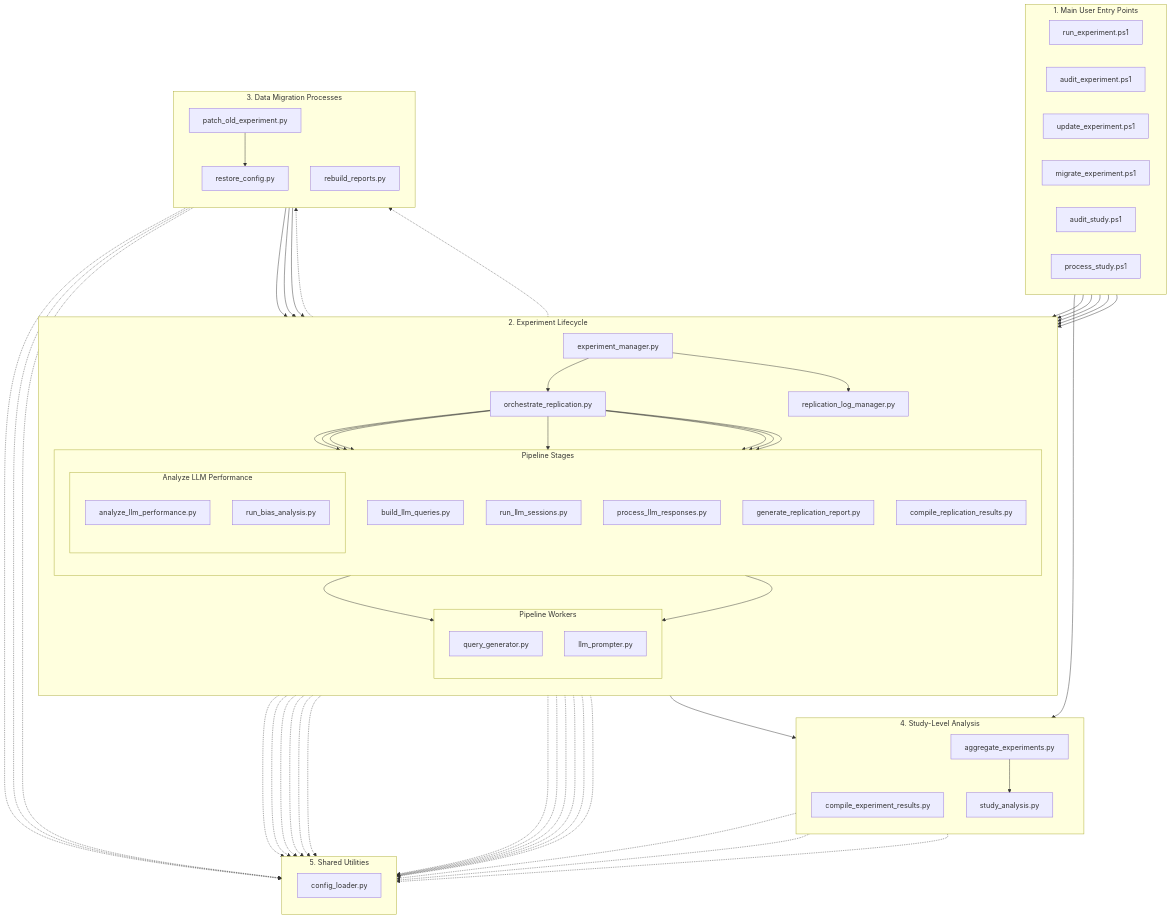
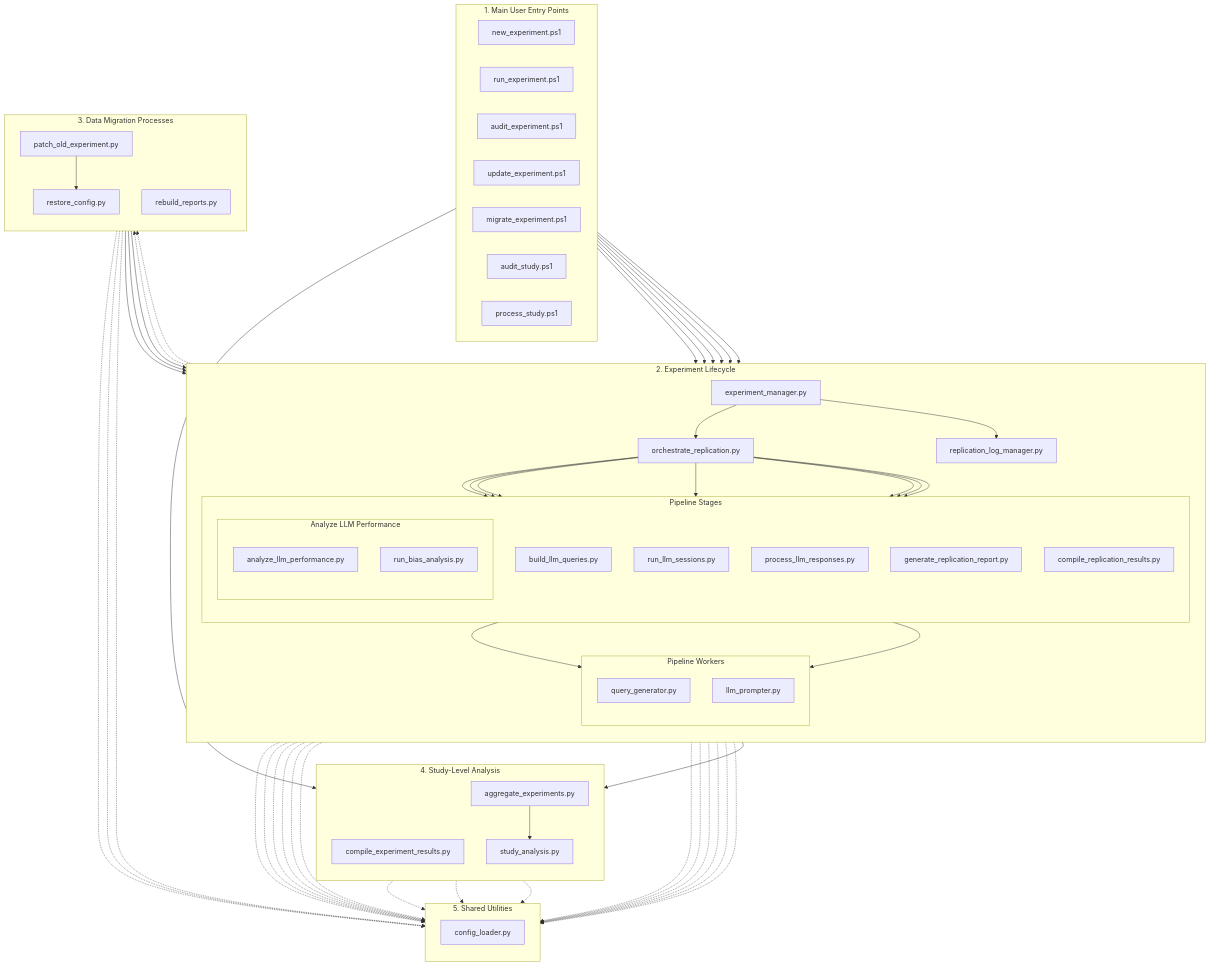
Before and after one commit to peterjmarko/llm-narrative-framework: the diagram in docs/diagrams/view_codebase.mmd, drawn with Mermaid. The commit also changed 10 other files, not shown here.

First line of the commit message:
feat(workflow): introduce new_experiment.ps1 and refactor manager

```diff
--- a/docs/diagrams/view_codebase.mmd
+++ b/docs/diagrams/view_codebase.mmd
@@ -1,110 +1,112 @@
 graph TD
     subgraph "1. Main User Entry Points"
         direction LR
+        new_experiment_ps1["new_experiment.ps1"]
         run_experiment_ps1["run_experiment.ps1"]
         audit_experiment_ps1["audit_experiment.ps1"]
         update_experiment_ps1["update_experiment.ps1"]
         migrate_experiment_ps1["migrate_experiment.ps1"]
         audit_study_ps1["audit_study.ps1"]
         process_study_ps1["process_study.ps1"]
     end
 
     subgraph "2. Experiment Lifecycle"
         direction TB
         exp_manager["experiment_manager.py"]
         orchestrator["orchestrate_replication.py"]
         
         subgraph "Pipeline Stages"
             direction TB
             build_queries["build_llm_queries.py"]
             run_sessions["run_llm_sessions.py"]
             process_responses["process_llm_responses.py"]
             subgraph "Analyze LLM Performance"
                 direction TB
                 analyze_performance["analyze_llm_performance.py"]
                 run_bias["run_bias_analysis.py"]
             end
             generate_report["generate_replication_report.py"]
             compile_replication["compile_replication_results.py"]
         end
         
         subgraph "Pipeline Workers"
             direction TB
             query_generator["query_generator.py"]
             llm_prompter["llm_prompter.py"]
         end
 
         log_manager["replication_log_manager.py"]
     end
 
     subgraph "3. Data Migration Processes"
         direction TB
         patch_old["patch_old_experiment.py"]
         restore_config["restore_config.py"]
         rebuild_reports["rebuild_reports.py"]
     end
 
     subgraph "4. Study-Level Analysis"
         direction TB
         compile_experiment["compile_experiment_results.py"]
         agg_exps["aggregate_experiments.py"]
         study_analysis["study_analysis.py"]
     end
 
     subgraph "5. Shared Utilities"
         direction TB
         config_loader["config_loader.py"]
     end
     
     %% --- Main Workflow Connections ---
+    new_experiment_ps1 --> exp_manager
     run_experiment_ps1 --> exp_manager
     update_experiment_ps1 --> exp_manager
     audit_experiment_ps1 --> exp_manager
     audit_study_ps1 --> exp_manager
     migrate_experiment_ps1 --> exp_manager
     process_study_ps1 --> agg_exps
 
     exp_manager --> orchestrator
     exp_manager --> compile_experiment
     exp_manager --> log_manager
     exp_manager -.-> patch_old
     exp_manager -.-> rebuild_reports
 
     orchestrator --> build_queries
     orchestrator --> run_sessions
     orchestrator --> process_responses
     orchestrator --> analyze_performance
     orchestrator --> run_bias
     orchestrator --> generate_report
     orchestrator --> compile_replication
 
     build_queries --> query_generator
     run_sessions --> llm_prompter
 
     agg_exps --> study_analysis
 
     %% --- Migration Workflow Connections ---
     patch_old --> restore_config
     rebuild_reports --> process_responses
     rebuild_reports --> analyze_performance
     rebuild_reports --> run_bias
 
     %% --- Import Connections (Dotted Lines) ---
     exp_manager         -.-> config_loader
     orchestrator        -.-> config_loader
     build_queries       -.-> config_loader
     run_sessions        -.-> config_loader
     process_responses   -.-> config_loader
     analyze_performance -.-> config_loader
     run_bias            -.-> config_loader
     query_generator     -.-> config_loader
     llm_prompter        -.-> config_loader
     patch_old           -.-> config_loader
     restore_config      -.-> config_loader
     rebuild_reports     -.-> config_loader
     agg_exps            -.-> config_loader
     study_analysis      -.-> config_loader
     log_manager         -.-> config_loader
     generate_report     -.-> config_loader
     compile_replication -.-> config_loader
     compile_experiment  -.-> config_loader
```
